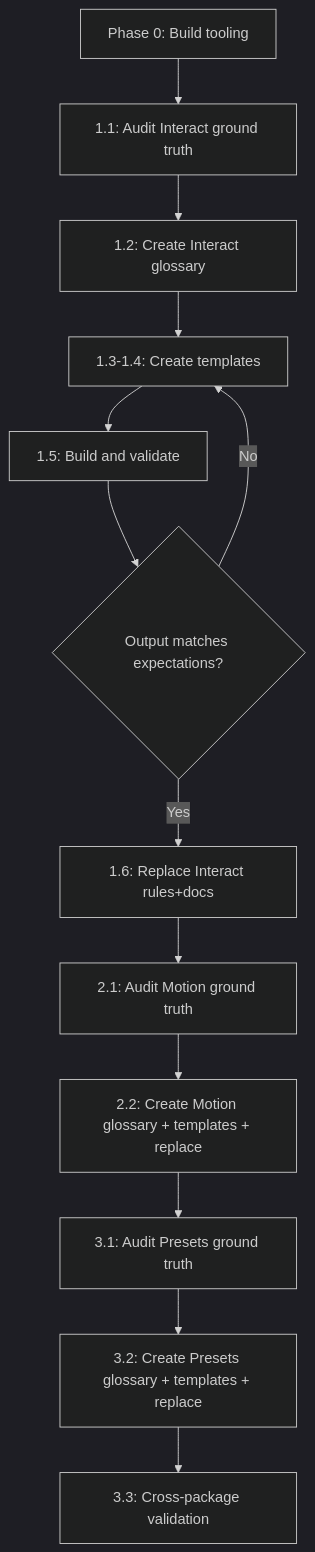
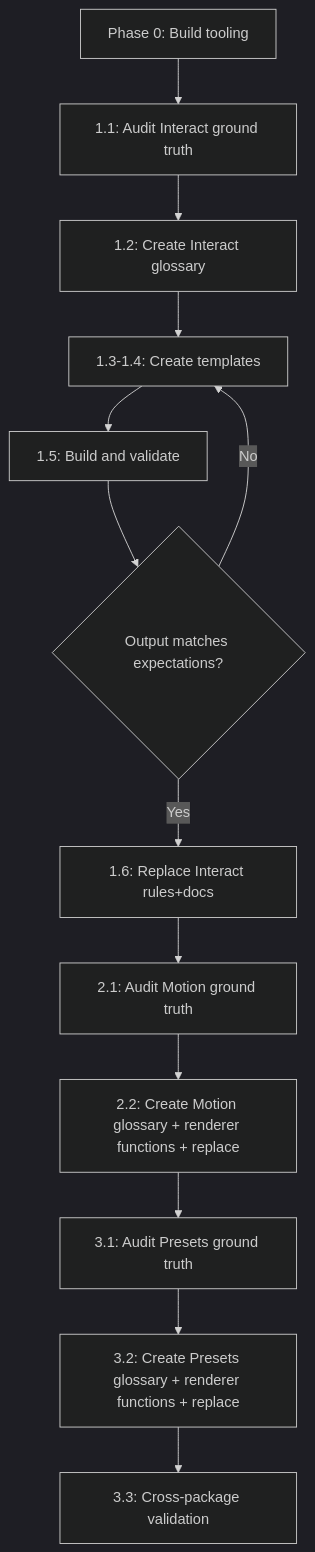
The diagram in .cursor/plans/context_ssot_restructure_c6889ec0.plan.md (wix/interact), drawn with Mermaid (dark theme) before and after one commit. The commit also changed other lines of this file, not shown here.

````diff
--- a/.cursor/plans/context_ssot_restructure_c6889ec0.plan.md
+++ b/.cursor/plans/context_ssot_restructure_c6889ec0.plan.md
@@ -633,15 +646,15 @@
 ```mermaid
 flowchart TD
     P0[Phase 0: Build tooling] --> P1A[1.1: Audit Interact ground truth]
     P1A --> P1B[1.2: Create Interact glossary]
     P1B --> P1C[1.3-1.4: Create templates]
     P1C --> P1D[1.5: Build and validate]
     P1D --> P1E{Output matches expectations?}
     P1E -->|No| P1C
     P1E -->|Yes| P1F[1.6: Replace Interact rules+docs]
     P1F --> P2A[2.1: Audit Motion ground truth]
-    P2A --> P2B[2.2: Create Motion glossary + templates + replace]
+    P2A --> P2B[2.2: Create Motion glossary + renderer functions + replace]
     P2B --> P3A[3.1: Audit Presets ground truth]
-    P3A --> P3B[3.2: Create Presets glossary + templates + replace]
+    P3A --> P3B[3.2: Create Presets glossary + renderer functions + replace]
     P3B --> P3C[3.3: Cross-package validation]
 ```
````
